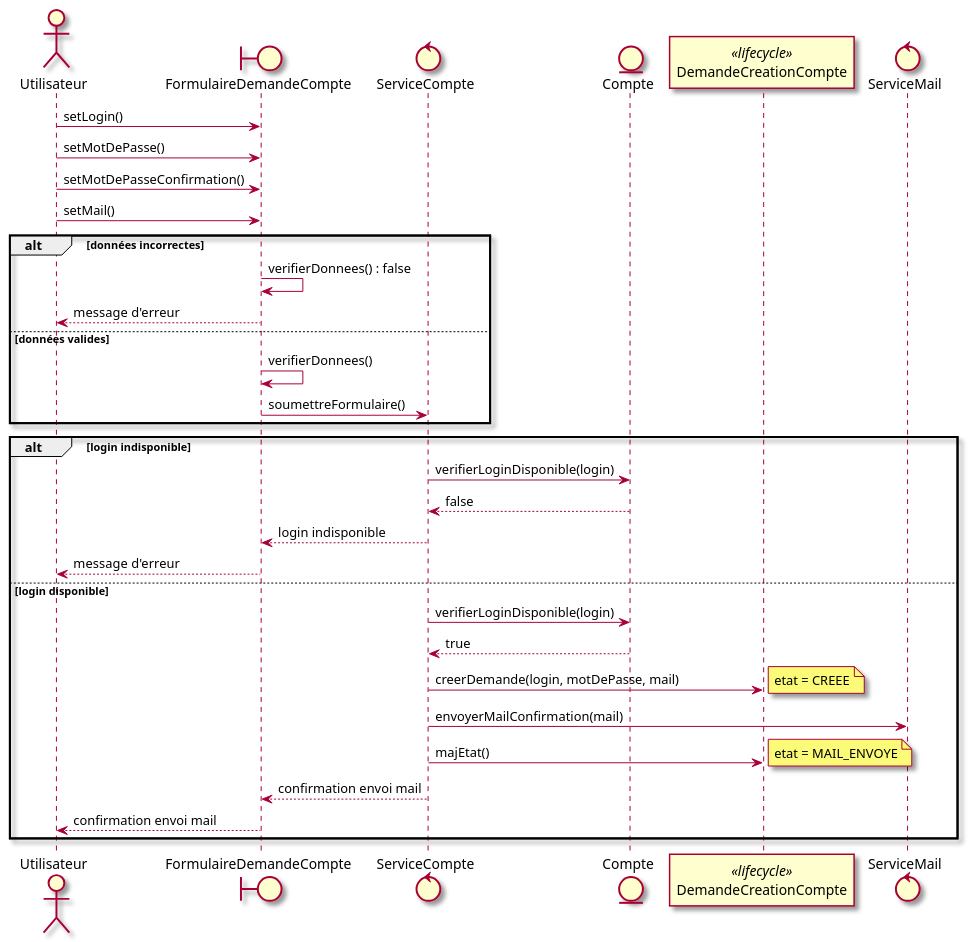
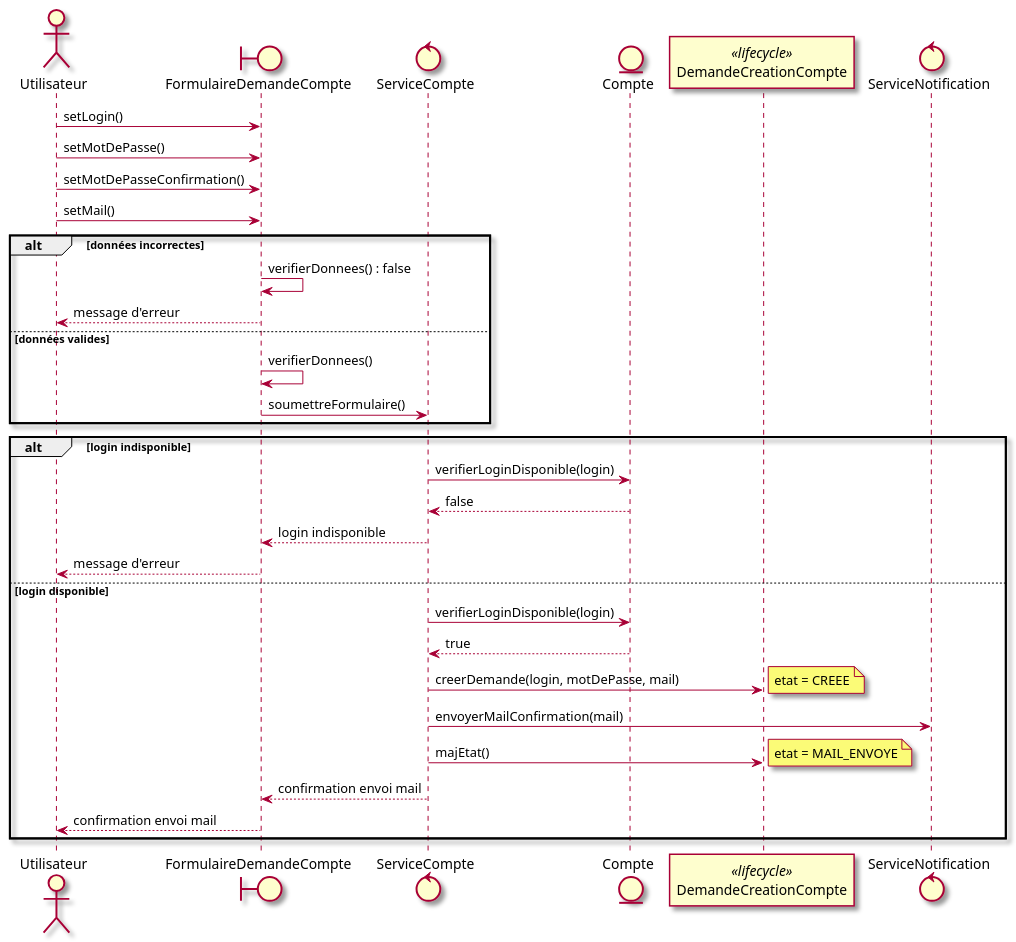
One commit to mrajaonson/glg204-room-management-system changed the second of 58 diagrams in docs/02-Analyse.md. Above: the diagram before and after it, drawn with PlantUML. The commit also changed other lines of this file and 3 other files, not shown here.

````diff
--- a/docs/02-Analyse.md
+++ b/docs/02-Analyse.md
@@ -171,39 +176,39 @@
 ```plantuml
 @startuml
 skin rose
 actor Utilisateur as u
 boundary FormulaireDemandeCompte as ui
 control ServiceCompte as svc
 entity Compte as compte
 participant DemandeCreationCompte as dcm <<lifecycle>>
-control ServiceMail as mail
+control ServiceNotification as notif
 
 u -> ui : setLogin()
 u -> ui : setMotDePasse()
 u -> ui : setMotDePasseConfirmation()
 u -> ui : setMail()
 alt données incorrectes
   ui -> ui : verifierDonnees() : false
   ui --> u : message d'erreur
 else données valides
   ui -> ui : verifierDonnees()
   ui -> svc : soumettreFormulaire()
 end
 alt login indisponible
   svc -> compte : verifierLoginDisponible(login)
   compte --> svc : false
   svc --> ui : login indisponible
   ui --> u : message d'erreur
 else login disponible
   svc -> compte : verifierLoginDisponible(login)
   compte --> svc : true
   svc -> dcm : creerDemande(login, motDePasse, mail)
   note right : etat = CREEE
-  svc -> mail : envoyerMailConfirmation(mail)
+  svc -> notif : envoyerMailConfirmation(mail)
   svc -> dcm : majEtat()
   note right : etat = MAIL_ENVOYE
   svc --> ui : confirmation envoi mail
   ui --> u : confirmation envoi mail
 end
 @enduml
 ```
````
